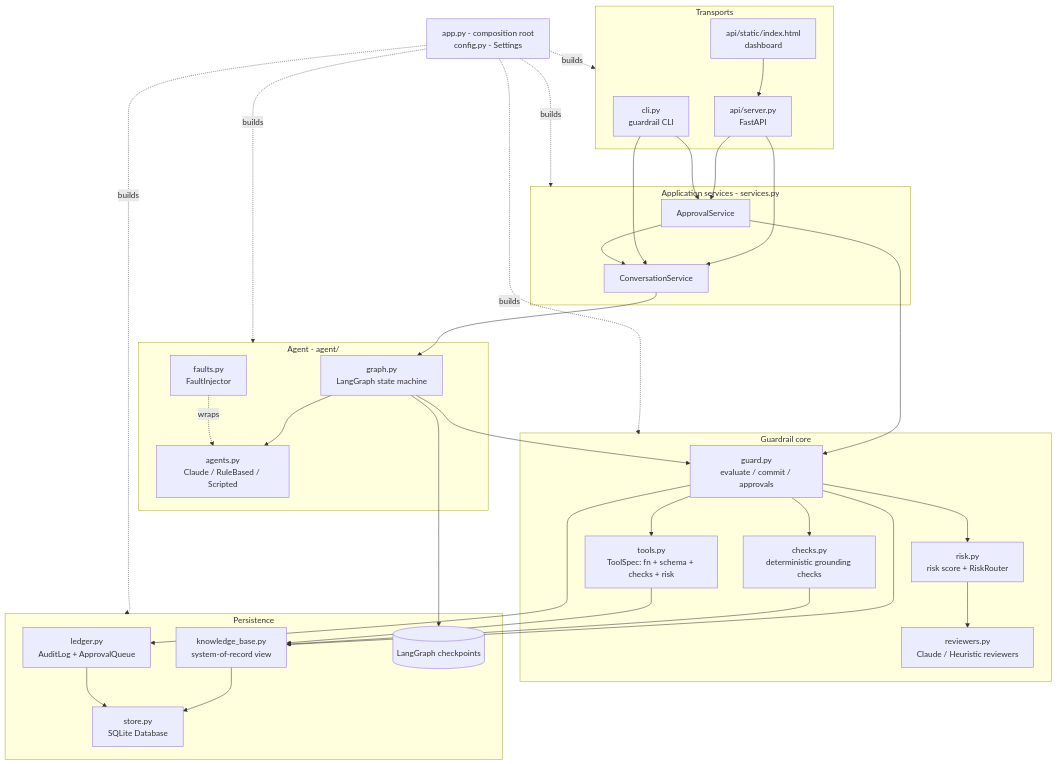
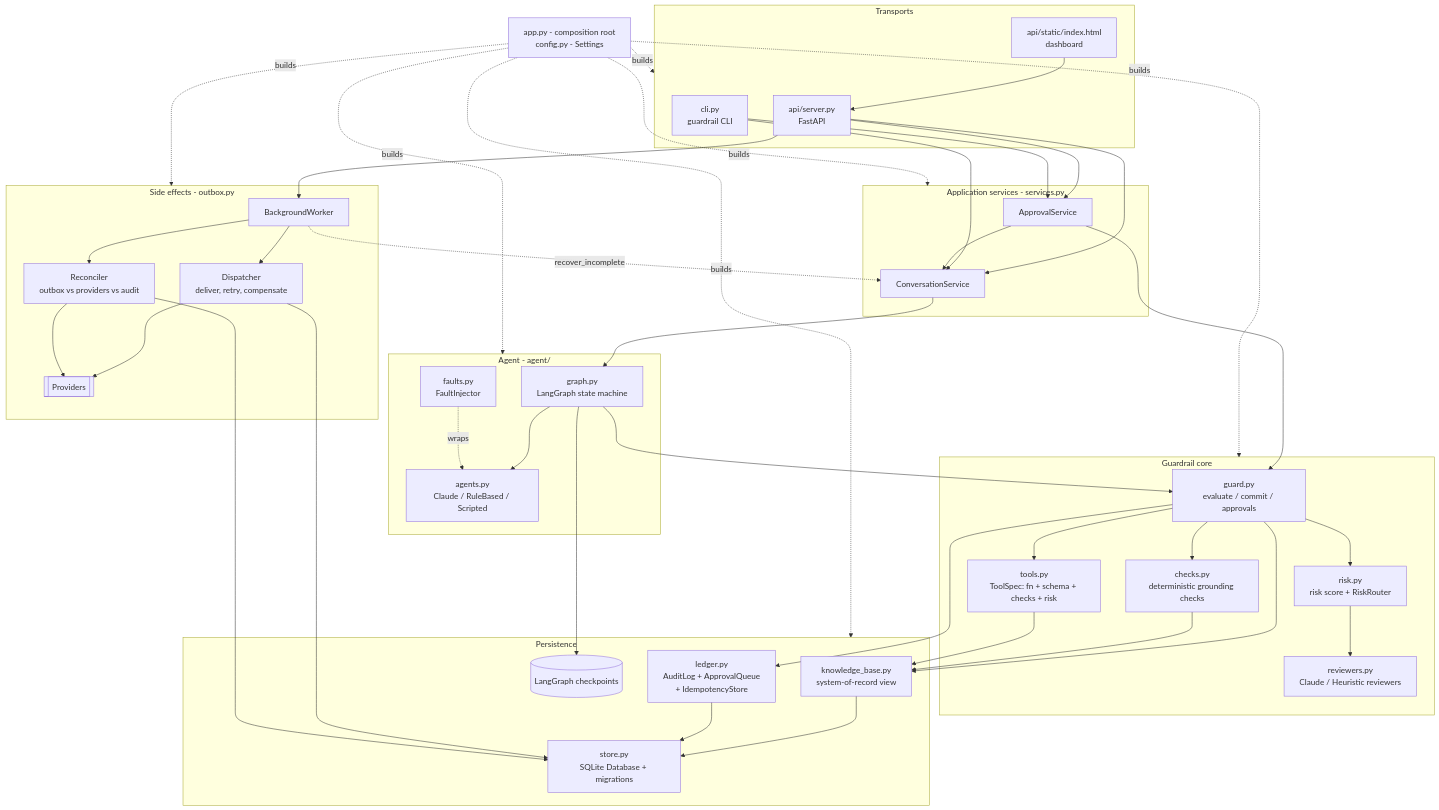
One commit to Prathu241/Guardrail changed the second of 8 diagrams in docs/ARCHITECTURE.md. Above: the diagram before and after it, drawn with Mermaid. The commit also changed other lines of this file and 8 other files, not shown here.

First line of the commit message:
Three-act demo and updated architecture, hardening and README docs

````diff
--- a/docs/ARCHITECTURE.md
+++ b/docs/ARCHITECTURE.md
@@ -53,49 +57,60 @@
 ```mermaid
 flowchart TB
     subgraph transports [Transports]
         http[api/server.py<br/>FastAPI]
         ui[api/static/index.html<br/>dashboard]
         cli[cli.py<br/>guardrail CLI]
     end
     subgraph services [Application services - services.py]
         conv[ConversationService]
         appr[ApprovalService]
     end
     subgraph agent [Agent - agent/]
         lg[graph.py<br/>LangGraph state machine]
         brains[agents.py<br/>Claude / RuleBased / Scripted]
         faults[faults.py<br/>FaultInjector]
     end
     subgraph core [Guardrail core]
         guard[guard.py<br/>evaluate / commit / approvals]
         checks[checks.py<br/>deterministic grounding checks]
         tools[tools.py<br/>ToolSpec: fn + schema + checks + risk]
         risk[risk.py<br/>risk score + RiskRouter]
         rev[reviewers.py<br/>Claude / Heuristic reviewers]
     end
     subgraph persistence [Persistence]
         kb[knowledge_base.py<br/>system-of-record view]
-        ledger[ledger.py<br/>AuditLog + ApprovalQueue]
-        store[store.py<br/>SQLite Database]
+        ledger[ledger.py<br/>AuditLog + ApprovalQueue<br/>+ IdempotencyStore]
+        store[store.py<br/>SQLite Database + migrations]
         ckpt[(LangGraph checkpoints)]
+    end
+    subgraph effects [Side effects - outbox.py]
+        disp[Dispatcher<br/>deliver, retry, compensate]
+        recon[Reconciler<br/>outbox vs providers vs audit]
+        bg[BackgroundWorker]
+        prov[[Providers]]
     end
     app[app.py - composition root<br/>config.py - Settings]
 
     http --> conv & appr
     ui --> http
     cli --> conv & appr
     conv --> lg
     appr --> conv
     appr --> guard
     lg --> brains
     faults -.wraps.-> brains
     lg --> guard
     lg --> ckpt
     guard --> checks & tools & risk & ledger & kb
     risk --> rev
     checks --> kb
     tools --> kb
     kb --> store
     ledger --> store
-    app -.builds.-> transports & services & agent & core & persistence
+    bg --> disp & recon
+    bg -.recover_incomplete.-> conv
+    disp & recon --> store
+    disp & recon --> prov
+    http --> bg
+    app -.builds.-> transports & services & agent & core & persistence & effects
 ```
````
